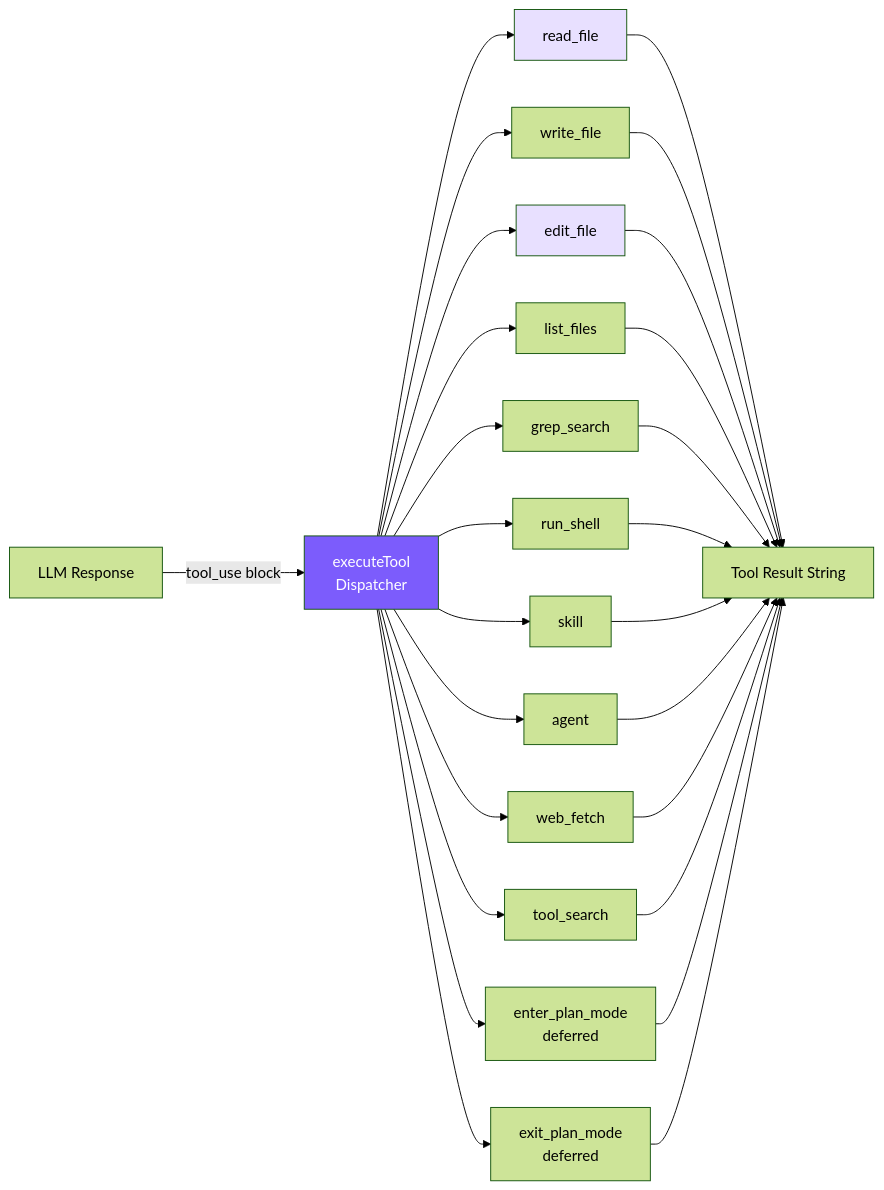
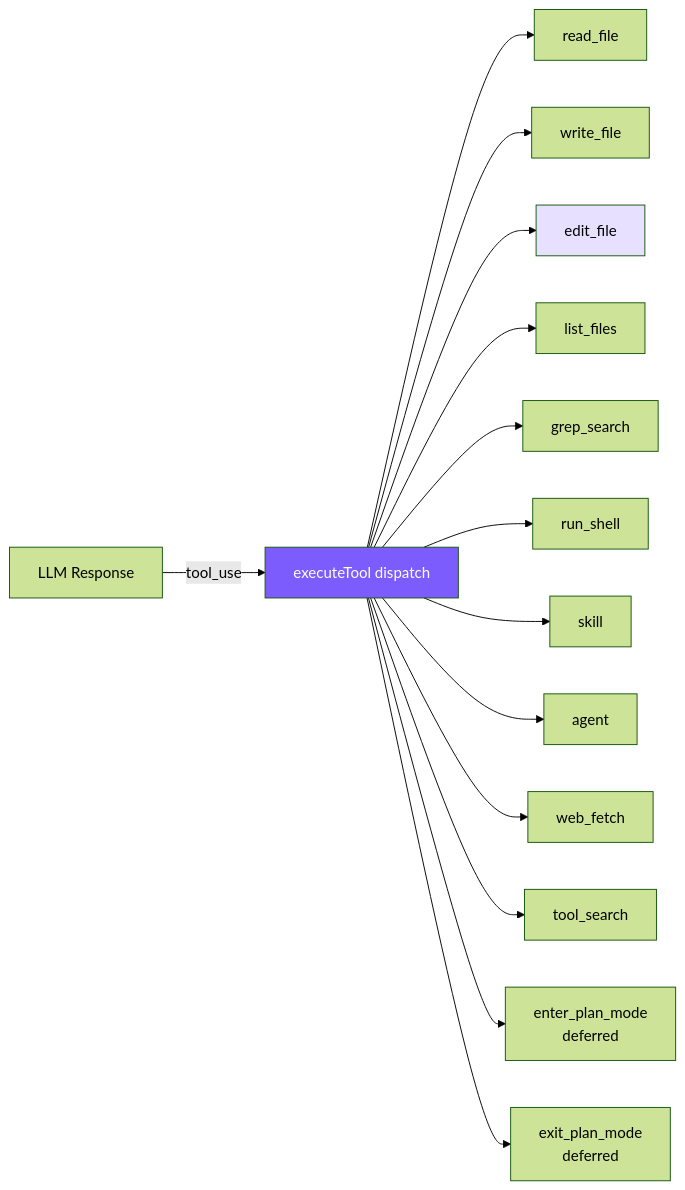
The diagram in en/docs/02-tools.md (joinmouse/claude-code-mini), drawn with Mermaid (forest theme) before and after one commit. The commit also changed other lines of this file and 30 other files, not shown here.

````diff
--- a/en/docs/02-tools.md
+++ b/en/docs/02-tools.md
@@ -7,32 +5,19 @@
 ```mermaid
 graph LR
-    LLM[LLM Response] --> |tool_use block| Dispatch[executeTool<br/>Dispatcher]
+    LLM[LLM Response] --> |tool_use| Dispatch[executeTool dispatch]
     Dispatch --> RF[read_file]
     Dispatch --> WF[write_file]
     Dispatch --> EF[edit_file]
     Dispatch --> LF[list_files]
     Dispatch --> GS[grep_search]
     Dispatch --> RS[run_shell]
     Dispatch --> SK[skill]
     Dispatch --> AG[agent]
     Dispatch --> WEB[web_fetch]
     Dispatch --> TS[tool_search]
     Dispatch --> EP[enter_plan_mode<br/>deferred]
     Dispatch --> XP[exit_plan_mode<br/>deferred]
-    RF --> Result[Tool Result String]
-    WF --> Result
-    EF --> Result
-    LF --> Result
-    GS --> Result
-    RS --> Result
-    SK --> Result
-    AG --> Result
-    WEB --> Result
-    TS --> Result
-    EP --> Result
-    XP --> Result
 
     style Dispatch fill:#7c5cfc,color:#fff
     style EF fill:#e8e0ff
-    style RF fill:#e8e0ff
 ```
````
